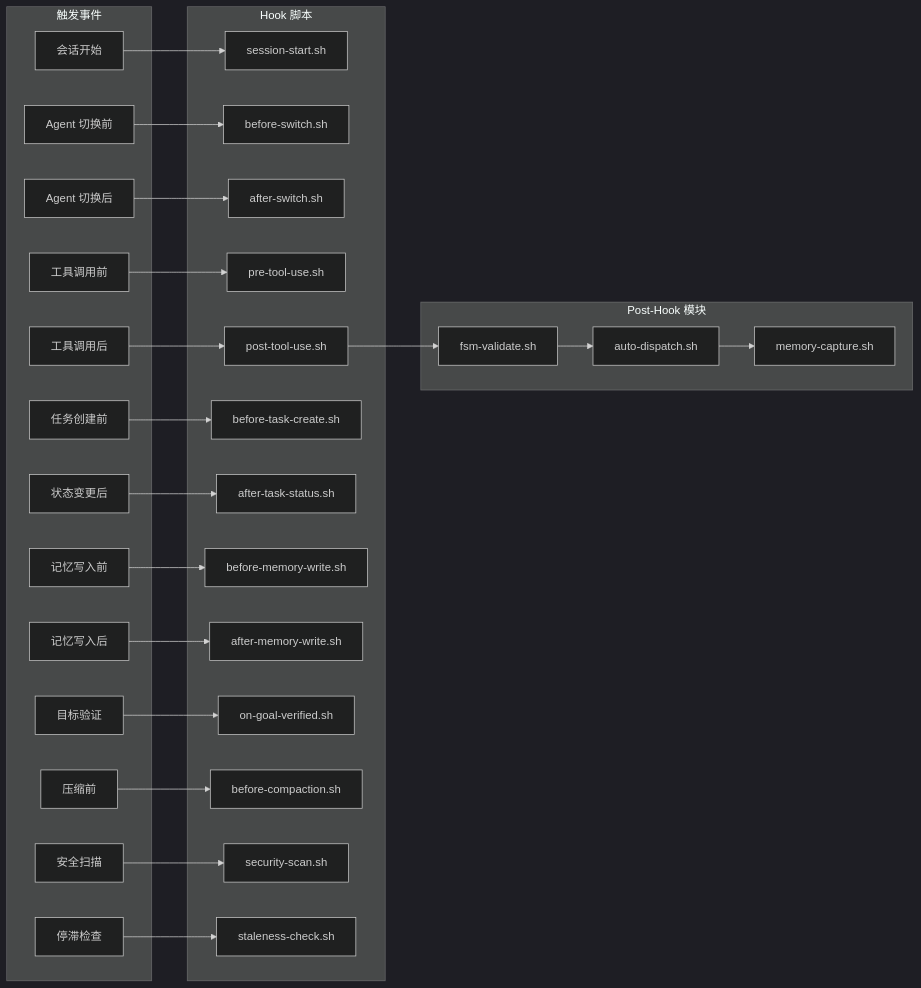
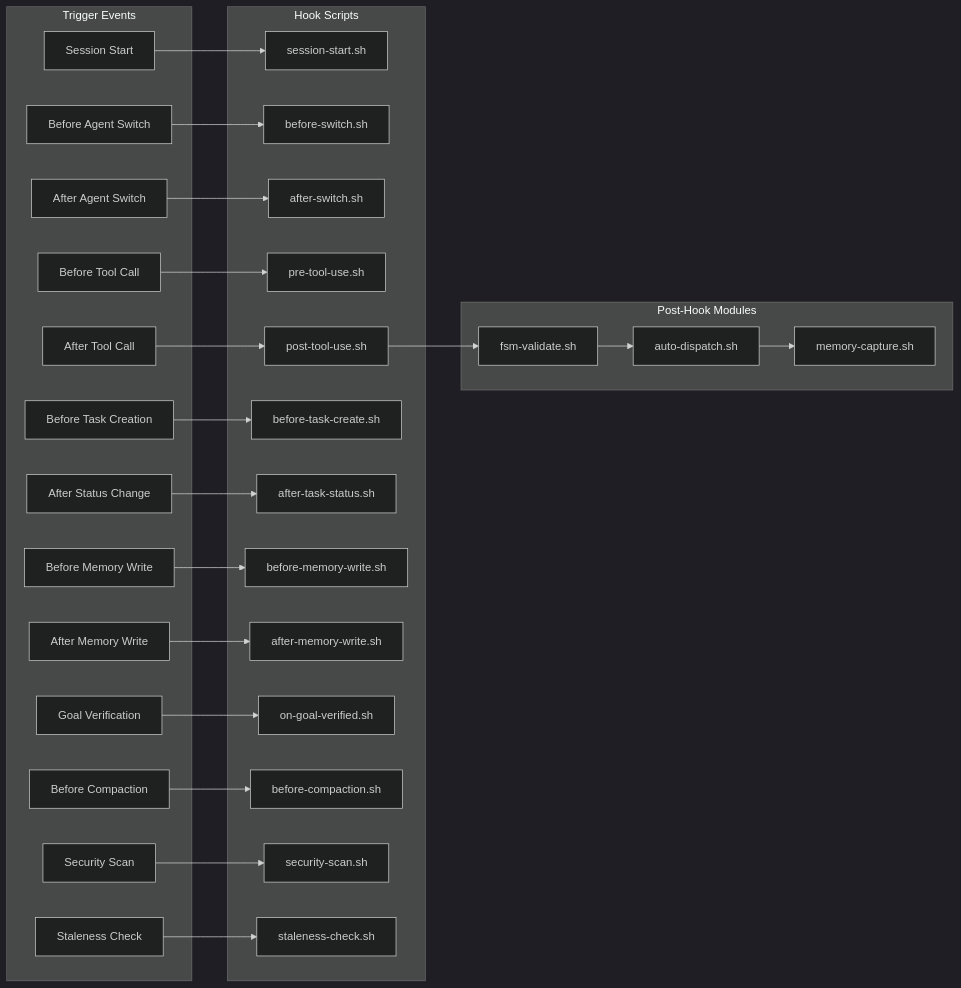
The third of 4 diagrams in docs/claude-code-flow.md (cintia09/CodeNook), drawn with Mermaid (dark theme) before and after one commit. The commit also changed other lines of this file and 12 other files, not shown here.

````diff
--- a/docs/claude-code-flow.md
+++ b/docs/claude-code-flow.md
@@ -168,56 +168,56 @@
 ```mermaid
 graph LR
-    subgraph Events["触发事件"]
-        E1[会话开始]
-        E2[Agent 切换前]
-        E3[Agent 切换后]
-        E4[工具调用前]
-        E5[工具调用后]
-        E6[任务创建前]
-        E7[状态变更后]
-        E8[记忆写入前]
-        E9[记忆写入后]
-        E10[目标验证]
-        E11[压缩前]
-        E12[安全扫描]
-        E13[停滞检查]
+    subgraph Events["Trigger Events"]
+        E1[Session Start]
+        E2[Before Agent Switch]
+        E3[After Agent Switch]
+        E4[Before Tool Call]
+        E5[After Tool Call]
+        E6[Before Task Creation]
+        E7[After Status Change]
+        E8[Before Memory Write]
+        E9[After Memory Write]
+        E10[Goal Verification]
+        E11[Before Compaction]
+        E12[Security Scan]
+        E13[Staleness Check]
     end
 
-    subgraph Hooks["Hook 脚本"]
+    subgraph Hooks["Hook Scripts"]
         H1[session-start.sh]
         H2[before-switch.sh]
         H3[after-switch.sh]
         H4[pre-tool-use.sh]
         H5[post-tool-use.sh]
         H6[before-task-create.sh]
         H7[after-task-status.sh]
         H8[before-memory-write.sh]
         H9[after-memory-write.sh]
         H10[on-goal-verified.sh]
         H11[before-compaction.sh]
         H12[security-scan.sh]
         H13[staleness-check.sh]
     end
 
-    subgraph Modules["Post-Hook 模块"]
+    subgraph Modules["Post-Hook Modules"]
         M1[fsm-validate.sh]
         M2[auto-dispatch.sh]
         M3[memory-capture.sh]
     end
 
     E1 --> H1
     E2 --> H2
     E3 --> H3
     E4 --> H4
     E5 --> H5
     E6 --> H6
     E7 --> H7
     E8 --> H8
     E9 --> H9
     E10 --> H10
     E11 --> H11
     E12 --> H12
     E13 --> H13
 
     H5 --> M1 --> M2 --> M3
 ```
````
